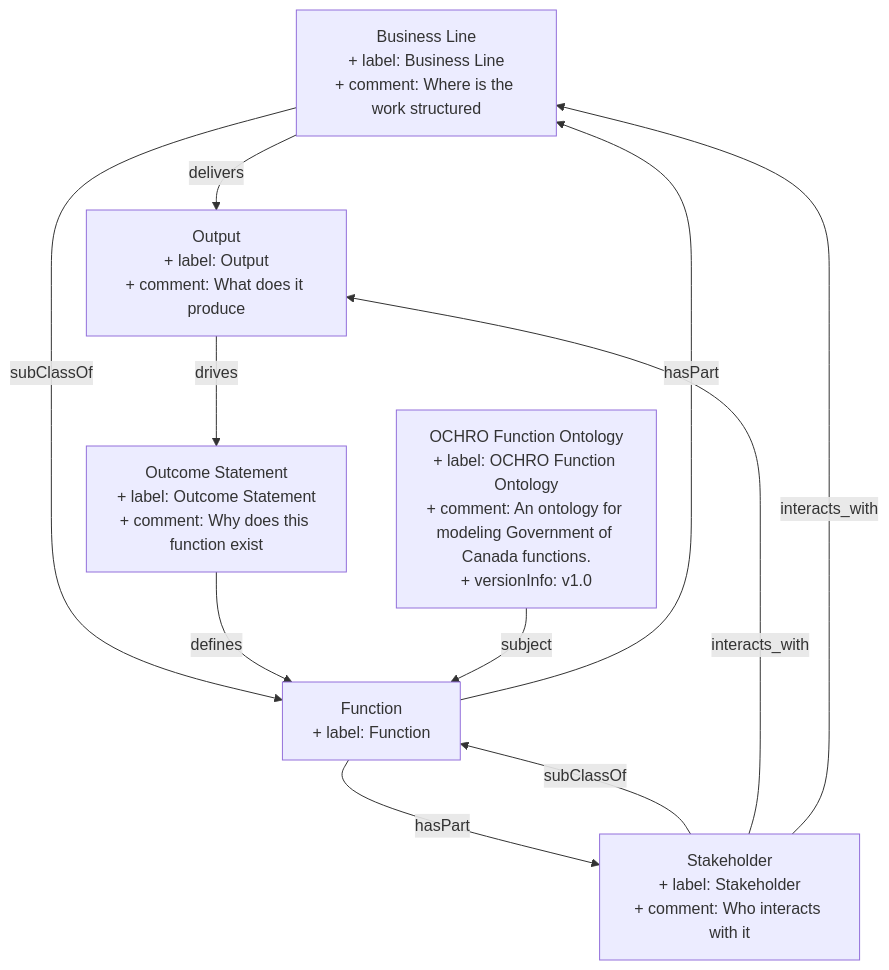
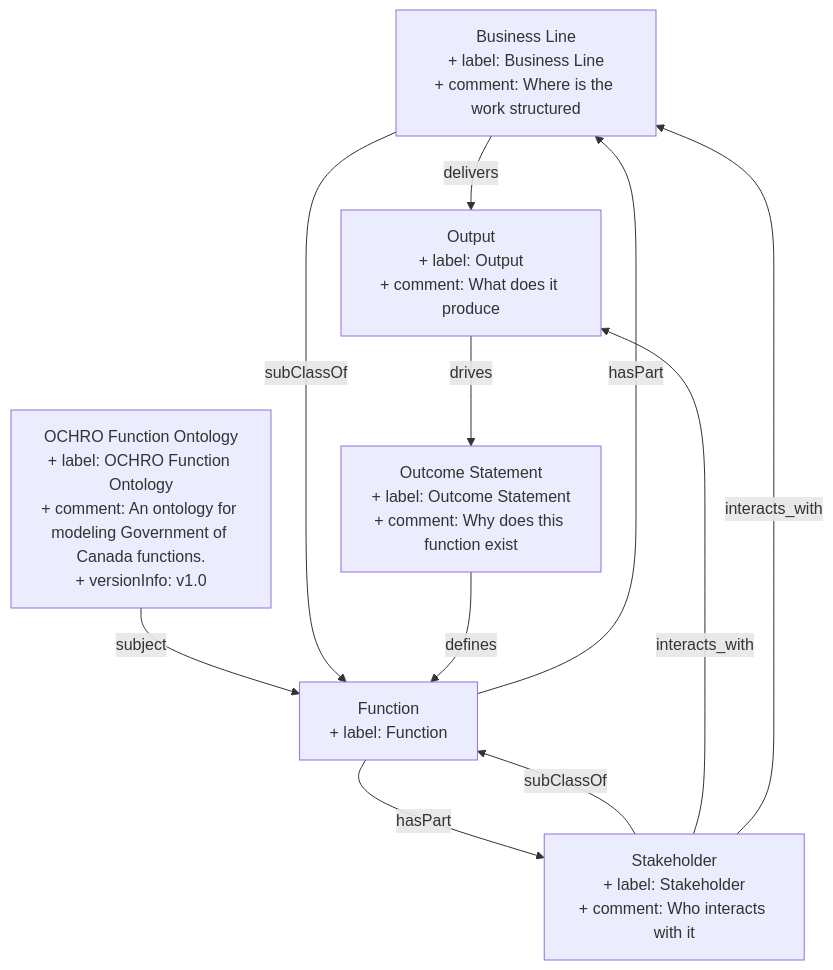
The diagram in content/business_line.md (heidingaway/heidi2), drawn with Mermaid before and after one commit. The commit also changed other lines of this file and 512 other files, not shown here.

````diff
--- a/content/business_line.md
+++ b/content/business_line.md
@@ -30,19 +30,19 @@
 ```mermaid
 graph TD
   Business_Line["Business Line<br>+ label: Business Line<br>+ comment: Where is the work structured"]:::current-page-node
   Function["Function<br>+ label: Function"]
   Output["Output<br>+ label: Output<br>+ comment: What does it produce"]
   Stakeholder["Stakeholder<br>+ label: Stakeholder<br>+ comment: Who interacts with it"]
   OCHRO_Function_Ontology["OCHRO Function Ontology<br>+ label: OCHRO Function Ontology<br>+ comment: An ontology for modeling Government of Canada functions.<br>+ versionInfo: v1.0"]
   Outcome_Statement["Outcome Statement<br>+ label: Outcome Statement<br>+ comment: Why does this function exist"]
+  Function-->|" hasPart "|Business_Line
+  OCHRO_Function_Ontology-->|" subject "|Function
+  Business_Line-->|" delivers "|Output
   Stakeholder-->|" subClassOf "|Function
-  Business_Line-->|" delivers "|Output
   Business_Line-->|" subClassOf "|Function
+  Stakeholder-->|" interacts_with "|Output
+  Outcome_Statement-->|" defines "|Function
+  Output-->|" drives "|Outcome_Statement
   Function-->|" hasPart "|Stakeholder
-  Outcome_Statement-->|" defines "|Function
-  Function-->|" hasPart "|Business_Line
-  Stakeholder-->|" interacts_with "|Output
-  OCHRO_Function_Ontology-->|" subject "|Function
-  Output-->|" drives "|Outcome_Statement
   Stakeholder-->|" interacts_with "|Business_Line
 ```
````
